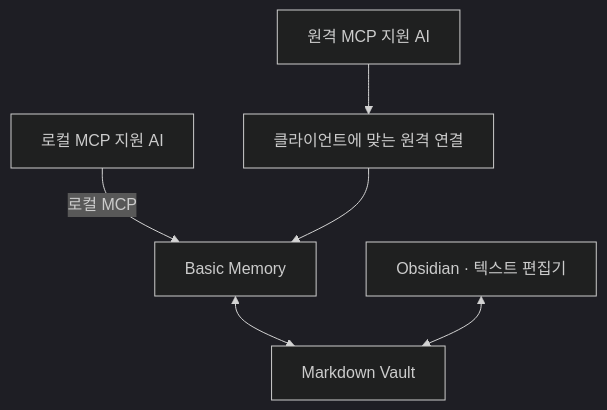
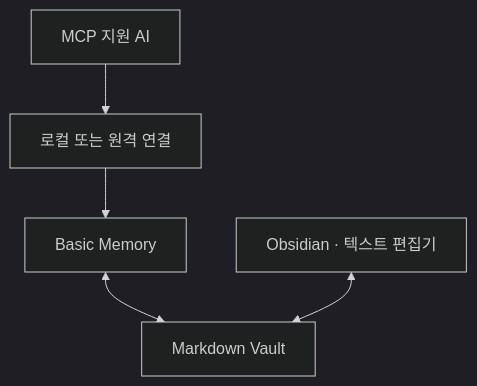
The diagram in README.md (UiHyeon-Kim/ai-context-vault), drawn with Mermaid (dark theme) before and after one commit. The commit also changed other lines of this file, not shown here.

````diff
--- a/README.md
+++ b/README.md
@@ -121,8 +71,7 @@
 ```mermaid
 flowchart TB
-    local["로컬 MCP 지원 AI"] -->|로컬 MCP| memory["Basic Memory"]
-    remote["원격 MCP 지원 AI"] --> tunnel["클라이언트에 맞는 원격 연결"]
-    tunnel --> memory
+    ai["MCP 지원 AI"] --> connection["로컬 또는 원격 연결"]
+    connection --> memory["Basic Memory"]
     memory <--> vault["Markdown Vault"]
-    obsidian["Obsidian · 텍스트 편집기"] <--> vault
+    editor["Obsidian · 텍스트 편집기"] <--> vault
 ```
````
